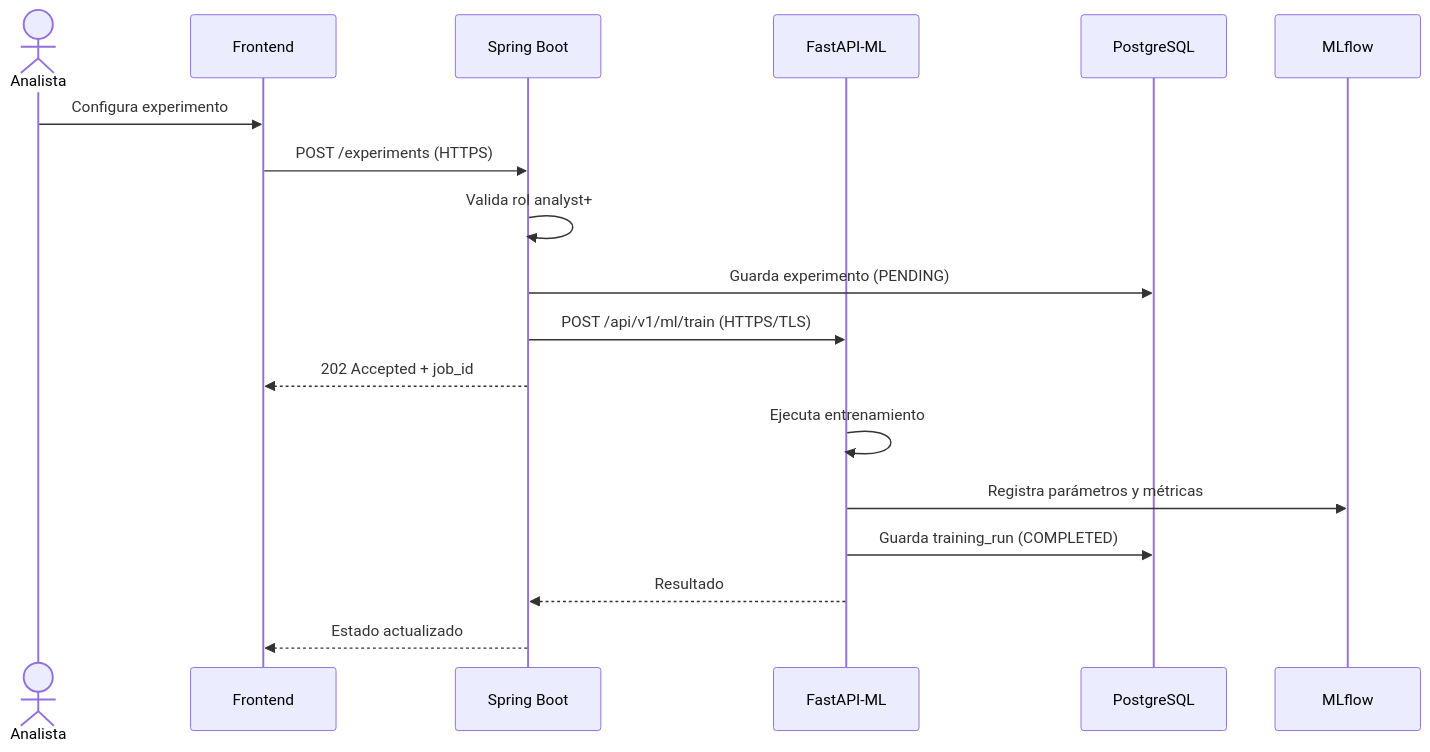
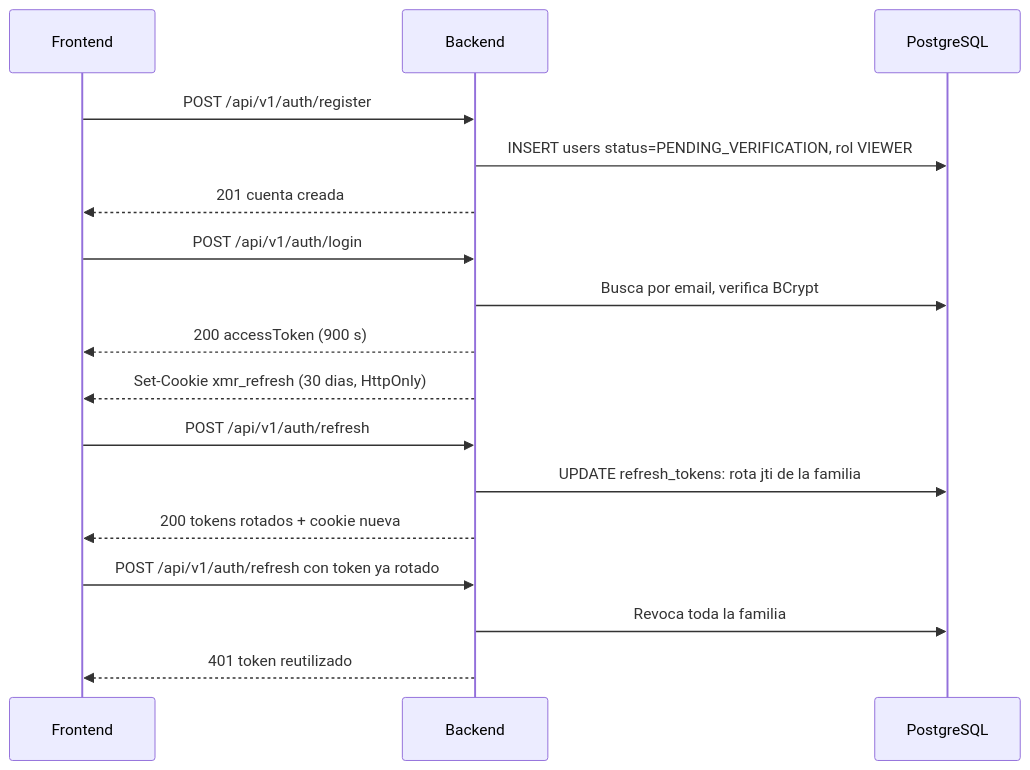
The fourth of 7 diagrams in docs/04_diagramas.md (AyLZz17/SistemaPrediccionCrypto-XMRMonero), drawn with Mermaid before and after one commit. The commit also changed other lines of this file and 85 other files, not shown here.

````diff
--- a/docs/04_diagramas.md
+++ b/docs/04_diagramas.md
@@ -106,21 +89,23 @@
 ```mermaid
 sequenceDiagram
-    actor A as Analista
-    participant SPA as Frontend
-    participant API as Spring Boot
-    participant ML as FastAPI-ML
+    participant FE as Frontend
+    participant BE as Backend
     participant DB as PostgreSQL
-    participant MLF as MLflow
 
-    A->>SPA: Configura experimento
-    SPA->>API: POST /experiments (HTTPS)
-    API->>API: Valida rol analyst+
-    API->>DB: Guarda experimento (PENDING)
-    API->>ML: POST /api/v1/ml/train (HTTPS/TLS)
-    API-->>SPA: 202 Accepted + job_id
-    ML->>ML: Ejecuta entrenamiento
-    ML->>MLF: Registra parámetros y métricas
-    ML->>DB: Guarda training_run (COMPLETED)
-    ML-->>API: Resultado
-    API-->>SPA: Estado actualizado
+    FE->>BE: POST /api/v1/auth/register
+    BE->>DB: INSERT users status=PENDING_VERIFICATION, rol VIEWER
+    BE-->>FE: 201 cuenta creada
+
+    FE->>BE: POST /api/v1/auth/login
+    BE->>DB: Busca por email, verifica BCrypt
+    BE-->>FE: 200 accessToken (900 s)
+    BE-->>FE: Set-Cookie xmr_refresh (30 dias, HttpOnly)
+
+    FE->>BE: POST /api/v1/auth/refresh
+    BE->>DB: UPDATE refresh_tokens: rota jti de la familia
+    BE-->>FE: 200 tokens rotados + cookie nueva
+
+    FE->>BE: POST /api/v1/auth/refresh con token ya rotado
+    BE->>DB: Revoca toda la familia
+    BE-->>FE: 401 token reutilizado
 ```
````
